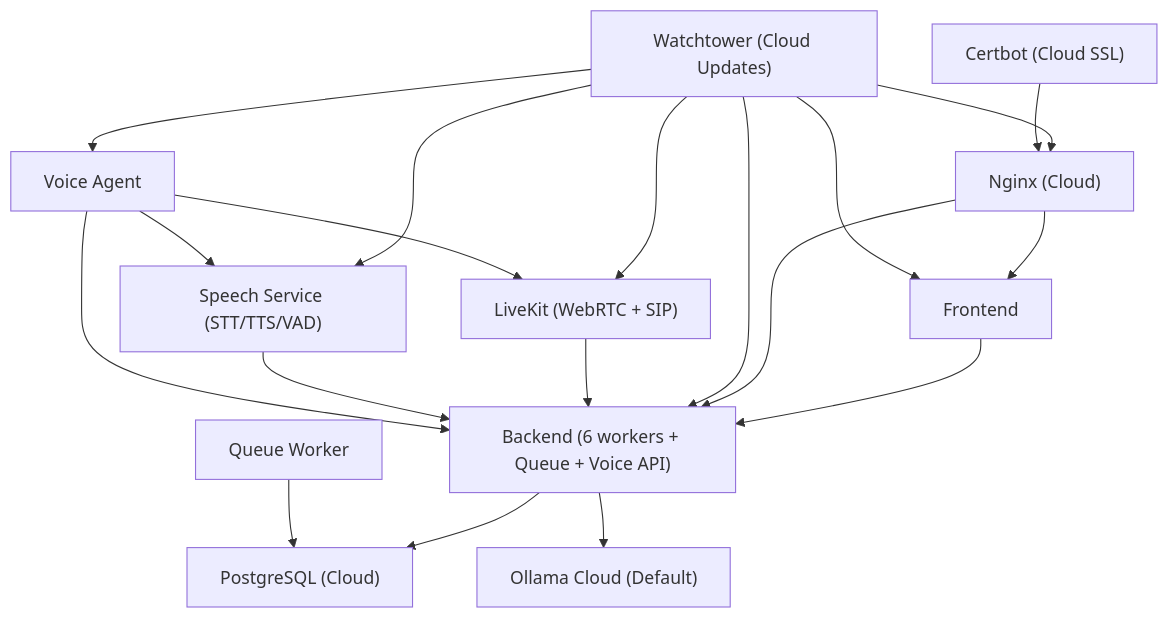
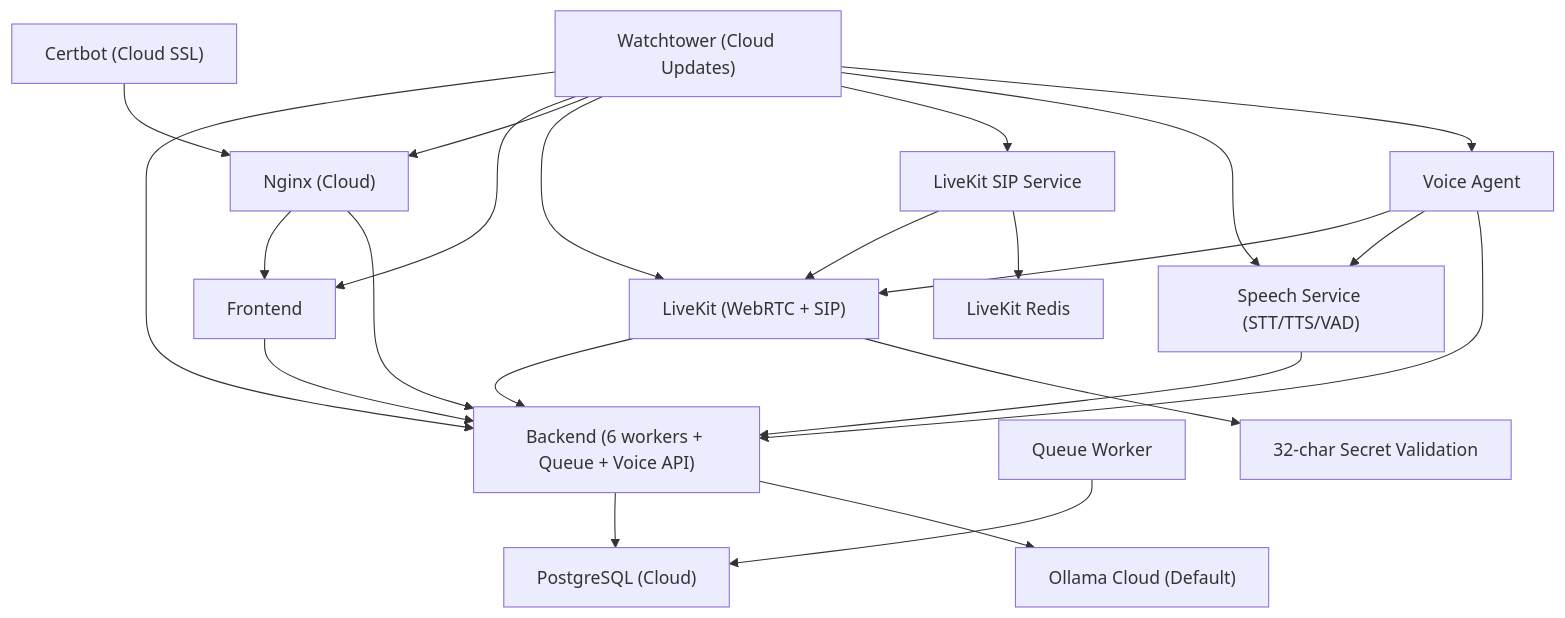
One commit to Revanththetalogics/aireume changed diagram 15 of 16 in .qoder/repowiki/en/content/Deployment & DevOps/Deployment & DevOps.md. Above: the diagram before and after it, drawn with Mermaid. The commit also changed other lines of this file and 118 other files, not shown here.

````diff
--- a/.qoder/repowiki/en/content/Deployment & DevOps/Deployment & DevOps.md
+++ b/.qoder/repowiki/en/content/Deployment & DevOps/Deployment & DevOps.md
@@ -1005,21 +1113,25 @@
 ```mermaid
 graph TD
 Backend["Backend (6 workers + Queue + Voice API)"] --> DB["PostgreSQL (Cloud)"]
 Backend --> OllamaCloud["Ollama Cloud (Default)"]
 Frontend["Frontend"] --> Backend
 Nginx["Nginx (Cloud)"] --> Frontend
 Nginx --> Backend
 Watchtower["Watchtower (Cloud Updates)"] --> Backend
 Watchtower --> Frontend
 Watchtower --> Nginx
 Watchtower --> LiveKit
+Watchtower --> LiveKitSIP
 Watchtower --> SpeechService
 Watchtower --> VoiceAgent
 Certbot["Certbot (Cloud SSL)"] --> Nginx
 QueueWorker["Queue Worker"] --> DB
 LiveKit["LiveKit (WebRTC + SIP)"] --> Backend
+LiveKitSIP["LiveKit SIP Service"] --> LiveKit
 SpeechService["Speech Service (STT/TTS/VAD)"] --> Backend
 VoiceAgent["Voice Agent"] --> LiveKit
 VoiceAgent --> SpeechService
 VoiceAgent --> Backend
+LiveKit --> SecretValidation["32-char Secret Validation"]
+LiveKitSIP --> Redis["LiveKit Redis"]
 ```
````
